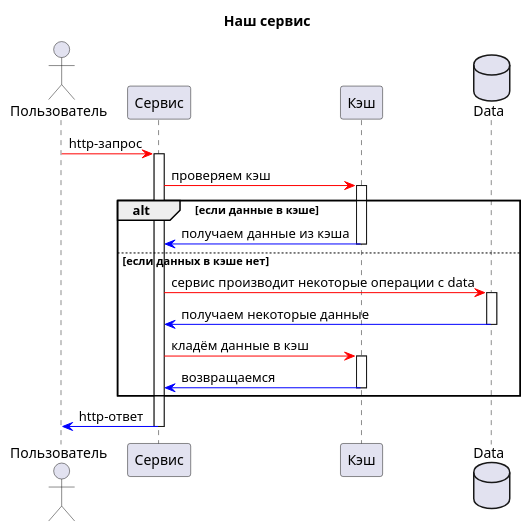
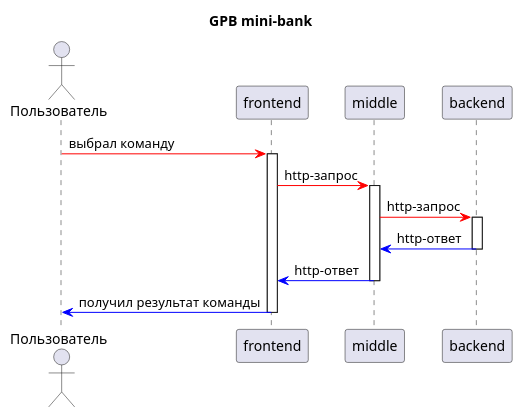
Before and after one commit to gpb-it-factory/korshunov-telegram-bot: the diagram in README.md, drawn with PlantUML. The commit also changed other lines of this file and 1 other file, not shown here.

Commit message:
Задание 2. Исправлен README

````diff
--- a/README.md
+++ b/README.md
@@ -20,33 +26,25 @@
 ```plantuml
 @startuml diagram
 
-title Наш сервис
+title GPB mini-bank
 
 Actor Пользователь as u
-participant Сервис as s
-participant Кэш as k
-Database Data as d
+participant frontend as fl
+participant middle as ml
+participant backend as bl
 
-
-u -[#red]> s: http-запрос
-activate s
-s -[#red]> k: проверяем кэш
-activate k
-alt если данные в кэше
-    k -[#blue]> s: получаем данные из кэша
-    deactivate k
-else если данных в кэше нет
-    s -[#red]> d: сервис производит некоторые операции с data
-    activate d
-    d -[#blue]> s: получаем некоторые данные
-    deactivate d
-    s -[#red]> k: кладём данные в кэш
-    activate k
-    k -[#blue]> s: возвращаемся
-    deactivate k
-end
-s -[#blue]> u: http-ответ
-deactivate s
+u -[#red]> fl: выбрал команду
+activate fl
+fl -[#red]> ml: http-запрос
+activate ml
+ml -[#red]> bl: http-запрос
+activate bl
+bl -[#blue]> ml: http-ответ
+deactivate bl
+ml -[#blue]> fl: http-ответ
+deactivate ml
+fl -[#blue]> u: получил результат команды
+deactivate fl
 
 @enduml
 ```
````
